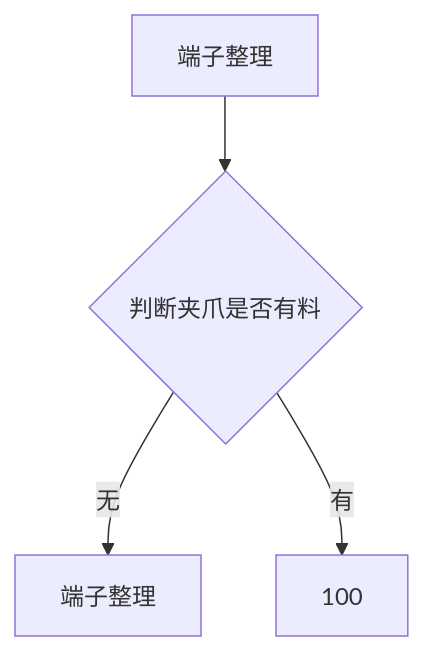
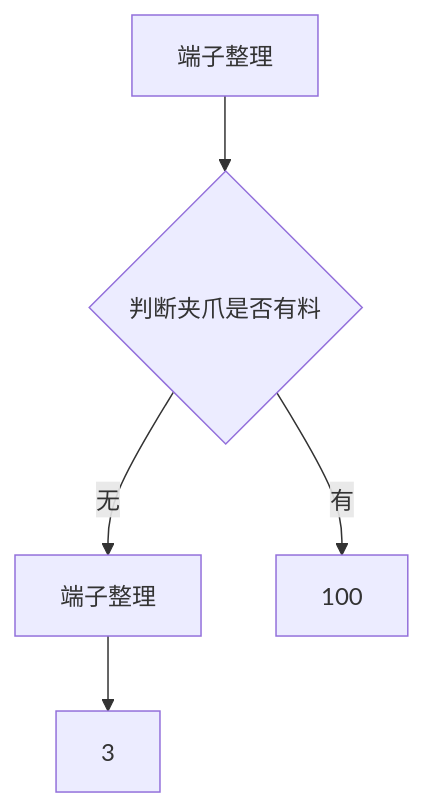
One commit to zmq000/iodraw-files changed the diagram in all/VR-OP90端子整理1.md. Above: the diagram before and after it, drawn with Mermaid.

Commit message:
2026-06-18 16:00:33 update

````diff
--- a/all/VR-OP90端子整理1.md
+++ b/all/VR-OP90端子整理1.md
@@ -1,7 +1,7 @@
 ```mermaid
 graph TD
 0[端子整理]-->10
 10{判断夹爪是否有料}-->|无|20
 10-->|有|100
-20[端子整理]
+20[端子整理]-->3
 ```
````
